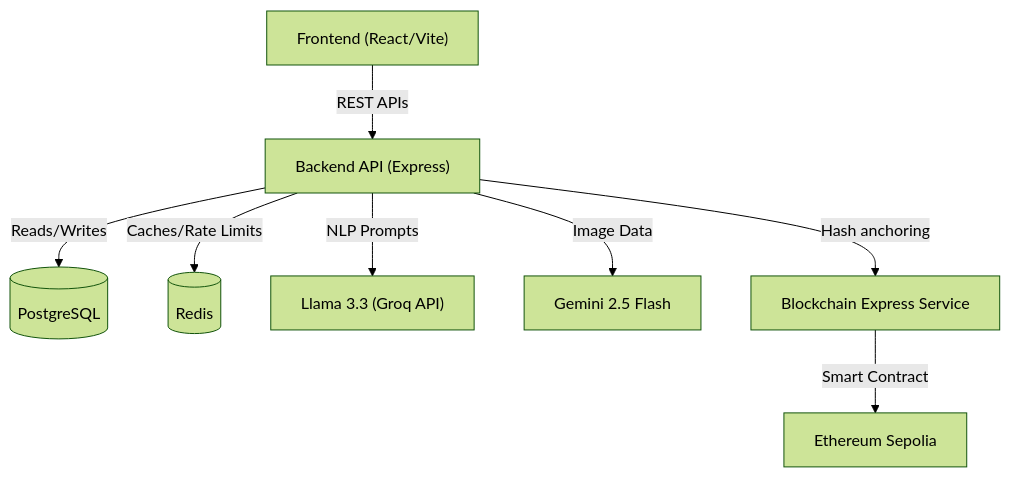
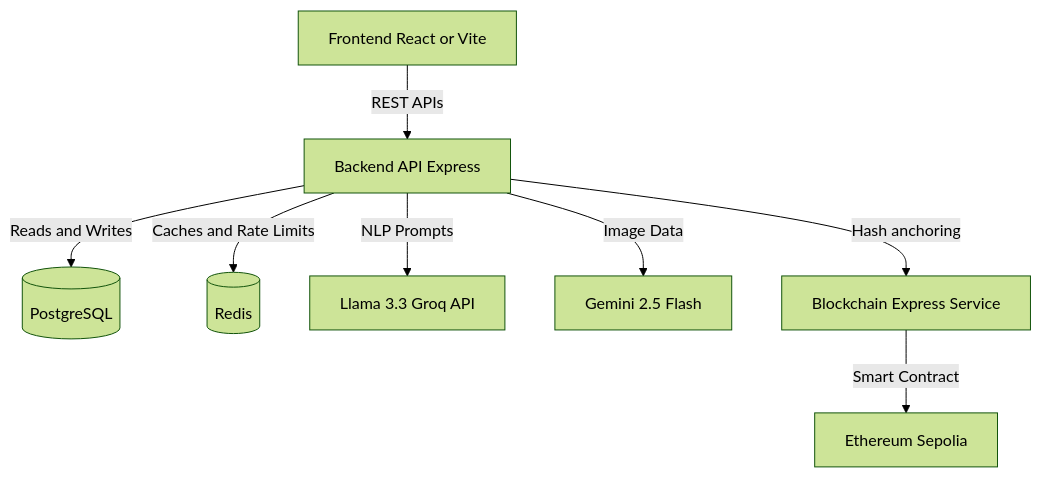
One commit to RajsoniTech13/Nexora_Breach26 changed the diagram in SYSTEM_DESIGN.md. Above: the diagram before and after it, drawn with Mermaid (forest theme).

Commit message:
fix: simplify mermaid syntax to resolve github rendering bug

````diff
--- a/SYSTEM_DESIGN.md
+++ b/SYSTEM_DESIGN.md
@@ -11,12 +11,12 @@
 ```mermaid
 graph TD
-    Client["Frontend (React/Vite)"] -->|REST APIs| API["Backend API (Express)"]
-    API -->|Reads/Writes| DB[("PostgreSQL")]
-    API -->|Caches/Rate Limits| Redis[("Redis")]
+    Client[Frontend React or Vite] -->|REST APIs| API[Backend API Express]
+    API -->|Reads and Writes| DB[(PostgreSQL)]
+    API -->|Caches and Rate Limits| Redis[(Redis)]
     
-    API -->|NLP Prompts| Groq["Llama 3.3 (Groq API)"]
-    API -->|Image Data| Gemini["Gemini 2.5 Flash"]
+    API -->|NLP Prompts| Groq[Llama 3.3 Groq API]
+    API -->|Image Data| Gemini[Gemini 2.5 Flash]
     
-    API -->|Hash anchoring| BlockchainService["Blockchain Express Service"]
-    BlockchainService -->|Smart Contract| Sepolia["Ethereum Sepolia"]
+    API -->|Hash anchoring| BlockchainService[Blockchain Express Service]
+    BlockchainService -->|Smart Contract| Sepolia[Ethereum Sepolia]
 ```
````
